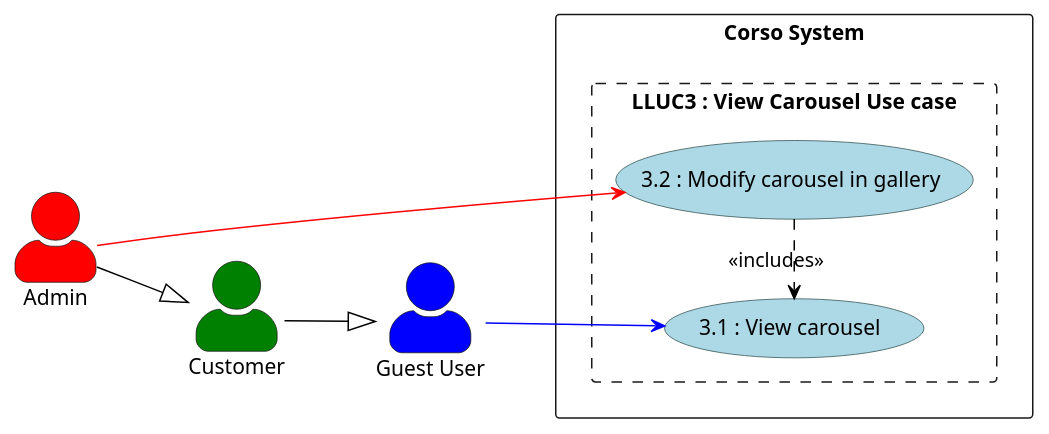
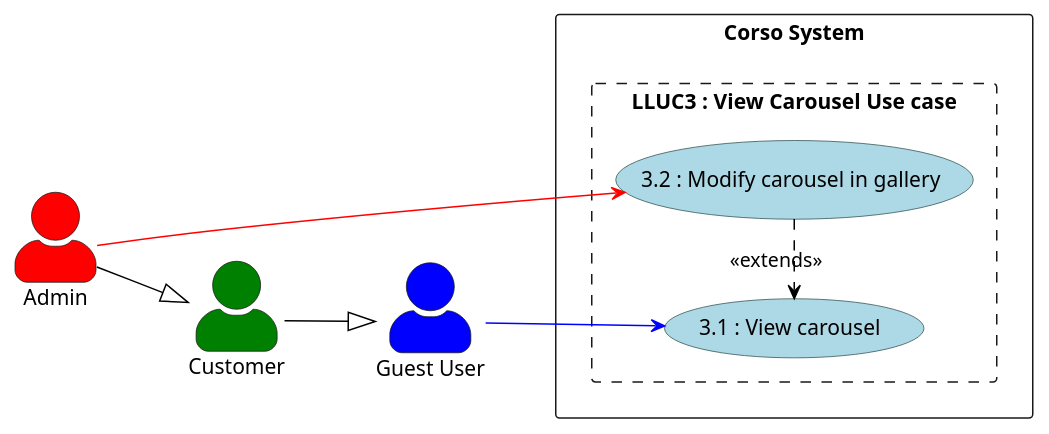
One commit to DylanBrass/Corso-Website changed the diagram in Diagrams/UseCases/Low Level/LL_Gallery.puml. Above: the diagram before and after it, drawn with PlantUML. The commit also changed 30 other files, not shown here.

First line of the commit message:
doc(CORSO): new diagrams (#84)

```diff
--- a/Diagrams/UseCases/Low Level/LL_Gallery.puml
+++ b/Diagrams/UseCases/Low Level/LL_Gallery.puml
@@ -1,28 +1,28 @@
 @startuml
 left to right direction
 skinparam actorStyle awesome
 skinparam usecase {
     BackgroundColor LightBlue
     BorderColor DarkSlateGray
     ArrowColor Black
     ActorBorderColor black
     ActorFontName Courier
     ActorBackgroundColor<< Human >> Gold
 }
 
 actor  "Guest User" as Anonymous #Blue
 actor  "Admin" as Admin #Red
 actor  "Customer" as User #Green
 rectangle "Corso System"{
   rectangle "LLUC3 : View Carousel Use case" as Gallery #line.dashed{
     usecase "3.1 : View carousel" as UC6
     usecase "3.2 : Modify carousel in gallery" as UC7
     Admin -[#red]-> UC7
     Anonymous -[#blue]-> UC6
     User --|> Anonymous
     Admin --|> User
-    UC7 -[dashed]> UC6 : <<includes>>
+    UC7 -[dashed]> UC6 : <<extends>>
   }
 }
 
 @endpuml
```
